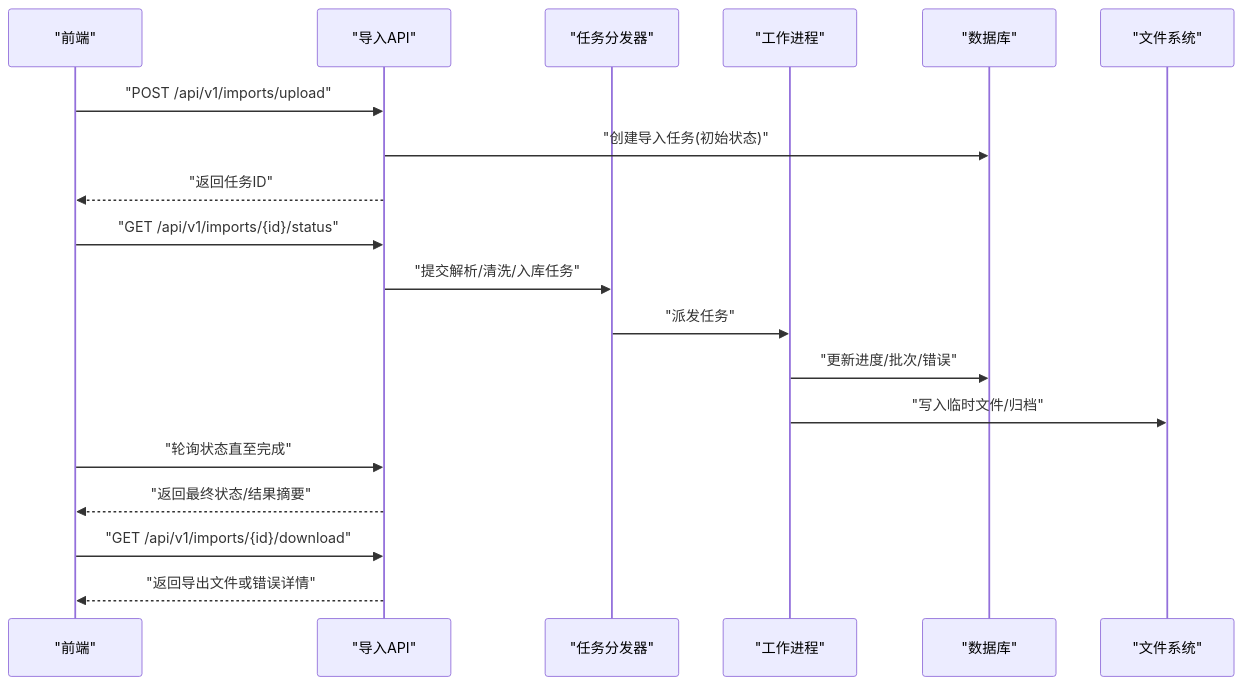
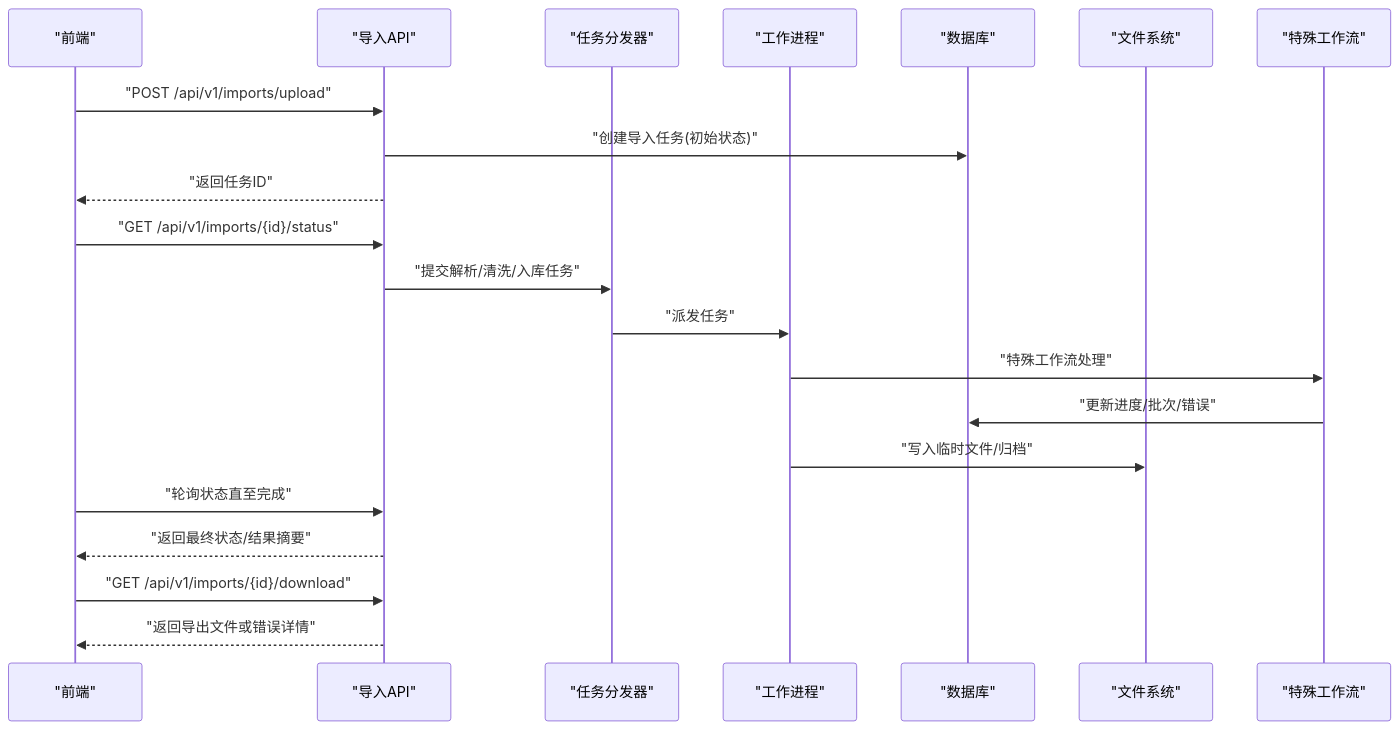
One commit to vu1Art1st/talos changed the second of 3 diagrams in .qoder/repowiki/zh/content/后端API文档/导入导出API.md. Above: the diagram before and after it, drawn with Mermaid. The commit also changed other lines of this file and 129 other files, not shown here.

````diff
--- a/.qoder/repowiki/zh/content/后端API文档/导入导出API.md
+++ b/.qoder/repowiki/zh/content/后端API文档/导入导出API.md
@@ -106,21 +117,23 @@
 ```mermaid
 sequenceDiagram
 participant FE as "前端"
 participant API as "导入API"
 participant DIS as "任务分发器"
 participant WK as "工作进程"
 participant DB as "数据库"
 participant FS as "文件系统"
+participant SWF as "特殊工作流"
 FE->>API : "POST /api/v1/imports/upload"
 API->>DB : "创建导入任务(初始状态)"
 API-->>FE : "返回任务ID"
 FE->>API : "GET /api/v1/imports/{id}/status"
 API->>DIS : "提交解析/清洗/入库任务"
 DIS->>WK : "派发任务"
-WK->>DB : "更新进度/批次/错误"
+WK->>SWF : "特殊工作流处理"
+SWF->>DB : "更新进度/批次/错误"
 WK->>FS : "写入临时文件/归档"
 FE->>API : "轮询状态直至完成"
 API-->>FE : "返回最终状态/结果摘要"
 FE->>API : "GET /api/v1/imports/{id}/download"
 API-->>FE : "返回导出文件或错误详情"
 ```
````
